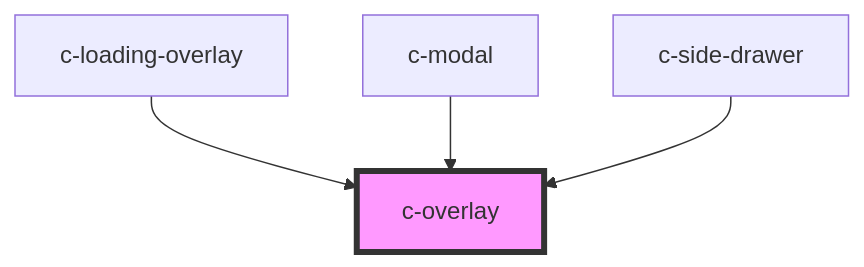
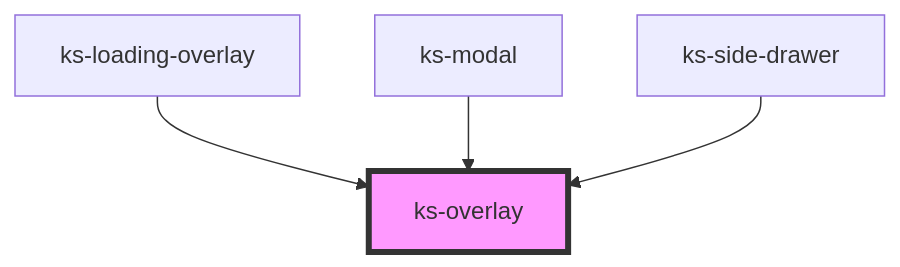
The diagram in src/scripts/components/overlay/readme.md (kickstand-ui/kickstand-ui), drawn with Mermaid before and after one commit. The commit also changed other lines of this file and 49 other files, not shown here.

````diff
--- a/src/scripts/components/overlay/readme.md
+++ b/src/scripts/components/overlay/readme.md
@@ -50,7 +50,7 @@
 ```mermaid
 graph TD;
-  c-loading-overlay --> c-overlay
-  c-modal --> c-overlay
-  c-side-drawer --> c-overlay
-  style c-overlay fill:#f9f,stroke:#333,stroke-width:4px
+  ks-loading-overlay --> ks-overlay
+  ks-modal --> ks-overlay
+  ks-side-drawer --> ks-overlay
+  style ks-overlay fill:#f9f,stroke:#333,stroke-width:4px
 ```
````
